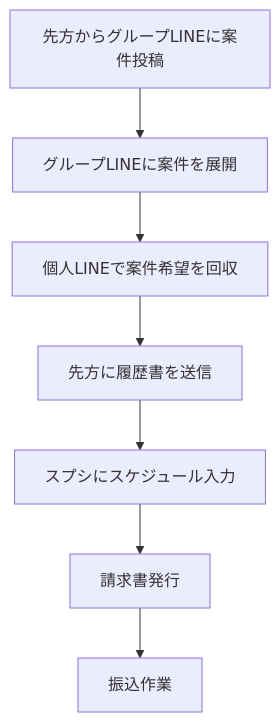
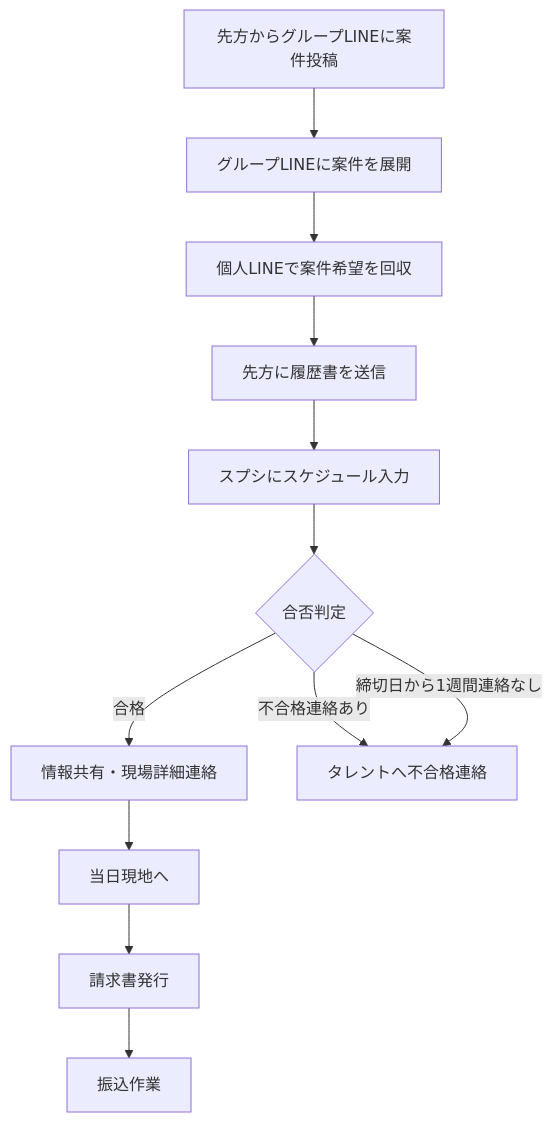
The third of 3 diagrams in README.md (SaAsuka/aemi), drawn with Mermaid before and after one commit. The commit also changed other lines of this file, not shown here.

````diff
--- a/README.md
+++ b/README.md
@@ -44,9 +44,14 @@
 ```mermaid
 flowchart TD
     A[先方からグループLINEに案件投稿] --> B[グループLINEに案件を展開]
     B --> C[個人LINEで案件希望を回収]
     C --> D[先方に履歴書を送信]
     D --> E[スプシにスケジュール入力]
-    E --> F[請求書発行]
-    F --> G[振込作業]
+    E --> F{合否判定}
+    F -->|合格| G[情報共有・現場詳細連絡]
+    G --> H[当日現地へ]
+    H --> I[請求書発行]
+    I --> J[振込作業]
+    F -->|不合格連絡あり| K[タレントへ不合格連絡]
+    F -->|締切日から1週間連絡なし| K
 ```
````
